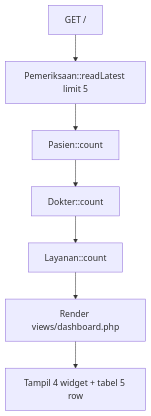
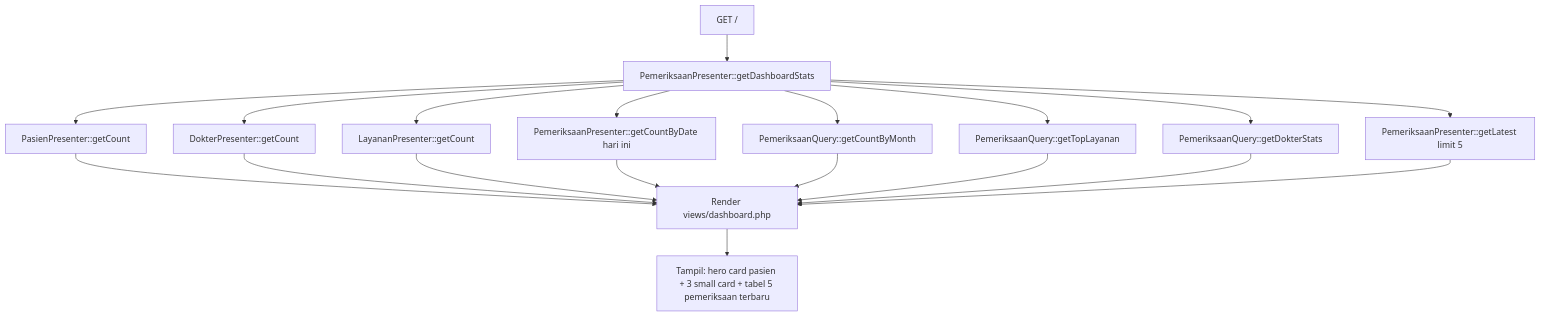
Before and after one commit to TudeOrangBiasa/silk-swarakarna-uas: the second of 13 diagrams in docs/business-logic.md, drawn with Mermaid. The commit also changed other lines of this file and 2 other files, not shown here.

First line of the commit message:
docs: rewrite README + architecture + business-logic (Caveman + Humanizer)

````diff
--- a/docs/business-logic.md
+++ b/docs/business-logic.md
@@ -24,9 +34,14 @@
 ```mermaid
 flowchart TD
-    A[GET /] --> B[Pemeriksaan::readLatest limit 5]
-    B --> C[Pasien::count]
-    C --> D[Dokter::count]
-    D --> E[Layanan::count]
-    E --> F[Render views/dashboard.php]
-    F --> G[Tampil 4 widget + tabel 5 row]
+    A[GET /] --> B[PemeriksaanPresenter::getDashboardStats]
+    B --> C[PasienPresenter::getCount]
+    B --> D[DokterPresenter::getCount]
+    B --> E[LayananPresenter::getCount]
+    B --> F[PemeriksaanPresenter::getCountByDate hari ini]
+    B --> G[PemeriksaanQuery::getCountByMonth]
+    B --> H[PemeriksaanQuery::getTopLayanan]
+    B --> I[PemeriksaanQuery::getDokterStats]
+    B --> J[PemeriksaanPresenter::getLatest limit 5]
+    C & D & E & F & G & H & I & J --> K[Render views/dashboard.php]
+    K --> L[Tampil: hero card pasien + 3 small card + tabel 5 pemeriksaan terbaru]
 ```
````
